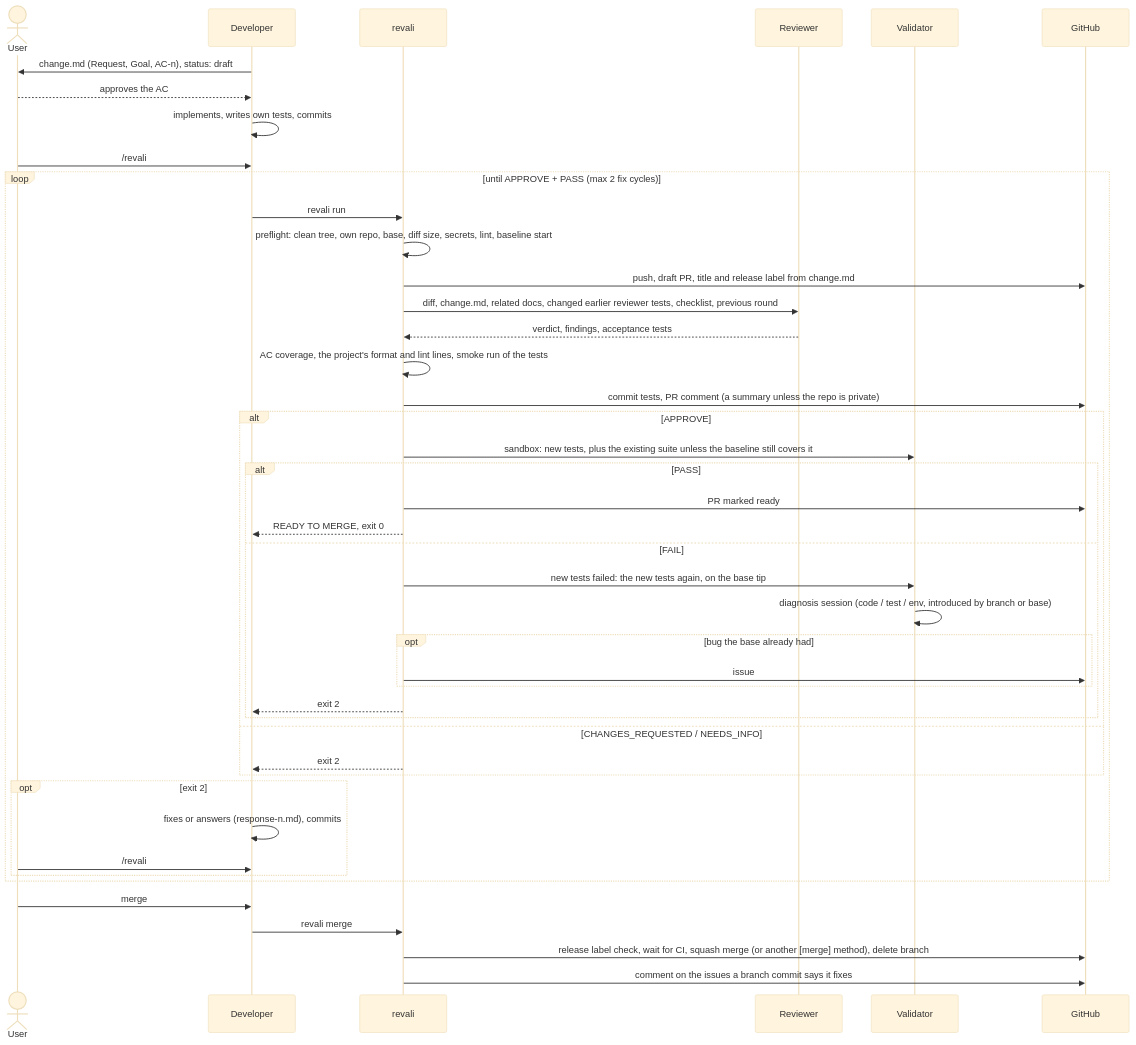
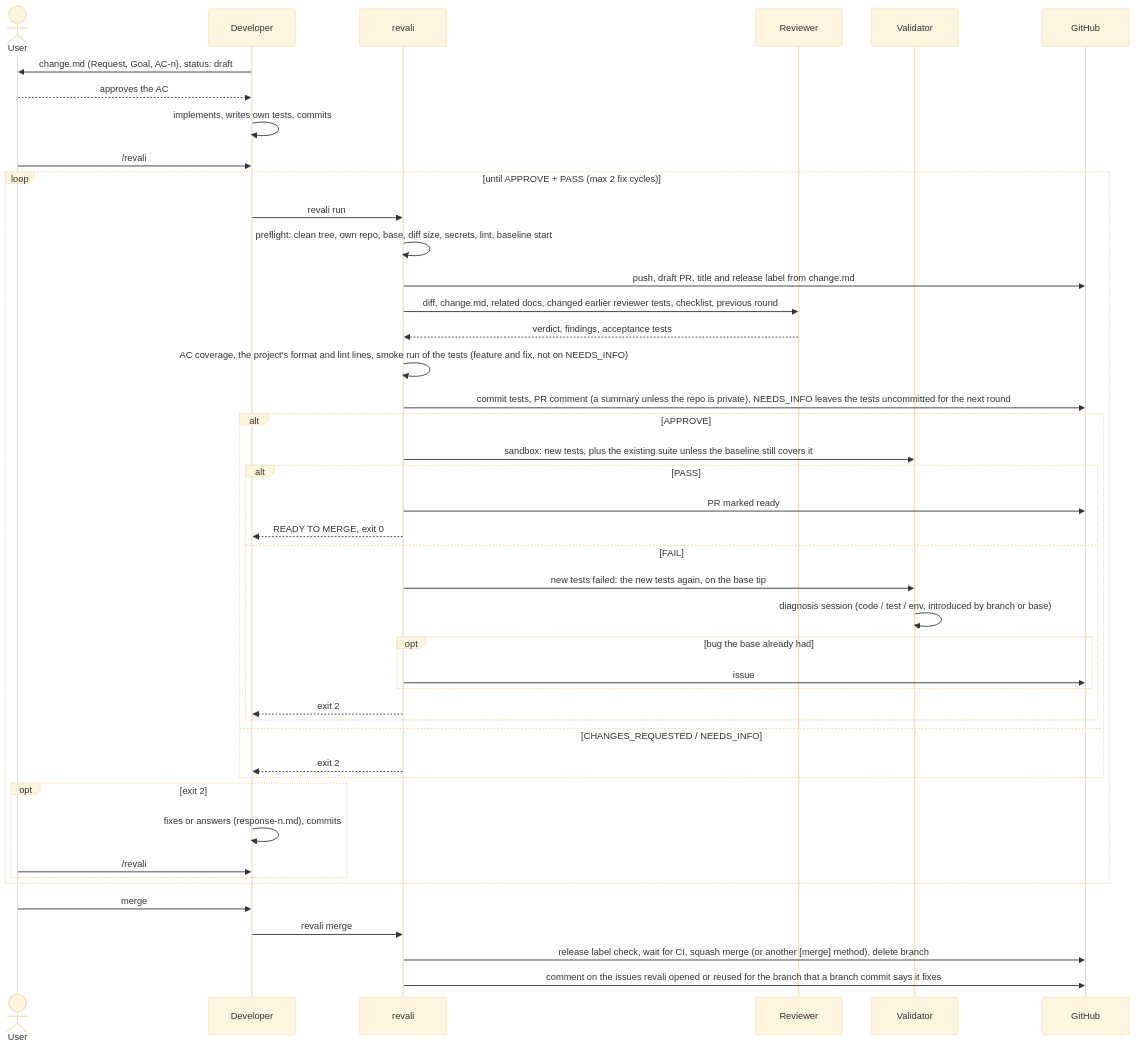
Before and after one commit to ianmhuang/revali: the diagram in README.md, drawn with Mermaid (base theme). The commit also changed other lines of this file and 13 other files, not shown here.

````diff
--- a/README.md
+++ b/README.md
@@ -51,47 +51,47 @@
 ```mermaid
 sequenceDiagram
     actor U as User
     participant D as Developer
     participant R as revali
     participant B as Reviewer
     participant V as Validator
     participant G as GitHub
 
     D->>U: change.md (Request, Goal, AC-n), status: draft
     U-->>D: approves the AC
     D->>D: implements, writes own tests, commits
     U->>D: /revali
     loop until APPROVE + PASS (max 2 fix cycles)
         D->>R: revali run
         R->>R: preflight: clean tree, own repo, base, diff size, secrets, lint, baseline start
         R->>G: push, draft PR, title and release label from change.md
         R->>B: diff, change.md, related docs, changed earlier reviewer tests, checklist, previous round
         B-->>R: verdict, findings, acceptance tests
-        R->>R: AC coverage, the project's format and lint lines, smoke run of the tests
-        R->>G: commit tests, PR comment (a summary unless the repo is private)
+        R->>R: AC coverage, the project's format and lint lines, smoke run of the tests (feature and fix, not on NEEDS_INFO)
+        R->>G: commit tests, PR comment (a summary unless the repo is private), NEEDS_INFO leaves the tests uncommitted for the next round
         alt APPROVE
             R->>V: sandbox: new tests, plus the existing suite unless the baseline still covers it
             alt PASS
                 R->>G: PR marked ready
                 R-->>D: READY TO MERGE, exit 0
             else FAIL
                 R->>V: new tests failed: the new tests again, on the base tip
                 V->>V: diagnosis session (code / test / env, introduced by branch or base)
                 opt bug the base already had
                     R->>G: issue
                 end
                 R-->>D: exit 2
             end
         else CHANGES_REQUESTED / NEEDS_INFO
             R-->>D: exit 2
         end
         opt exit 2
             D->>D: fixes or answers (response-n.md), commits
             U->>D: /revali
         end
     end
     U->>D: merge
     D->>R: revali merge
     R->>G: release label check, wait for CI, squash merge (or another [merge] method), delete branch
-    R->>G: comment on the issues a branch commit says it fixes
+    R->>G: comment on the issues revali opened or reused for the branch that a branch commit says it fixes
 ```
````
